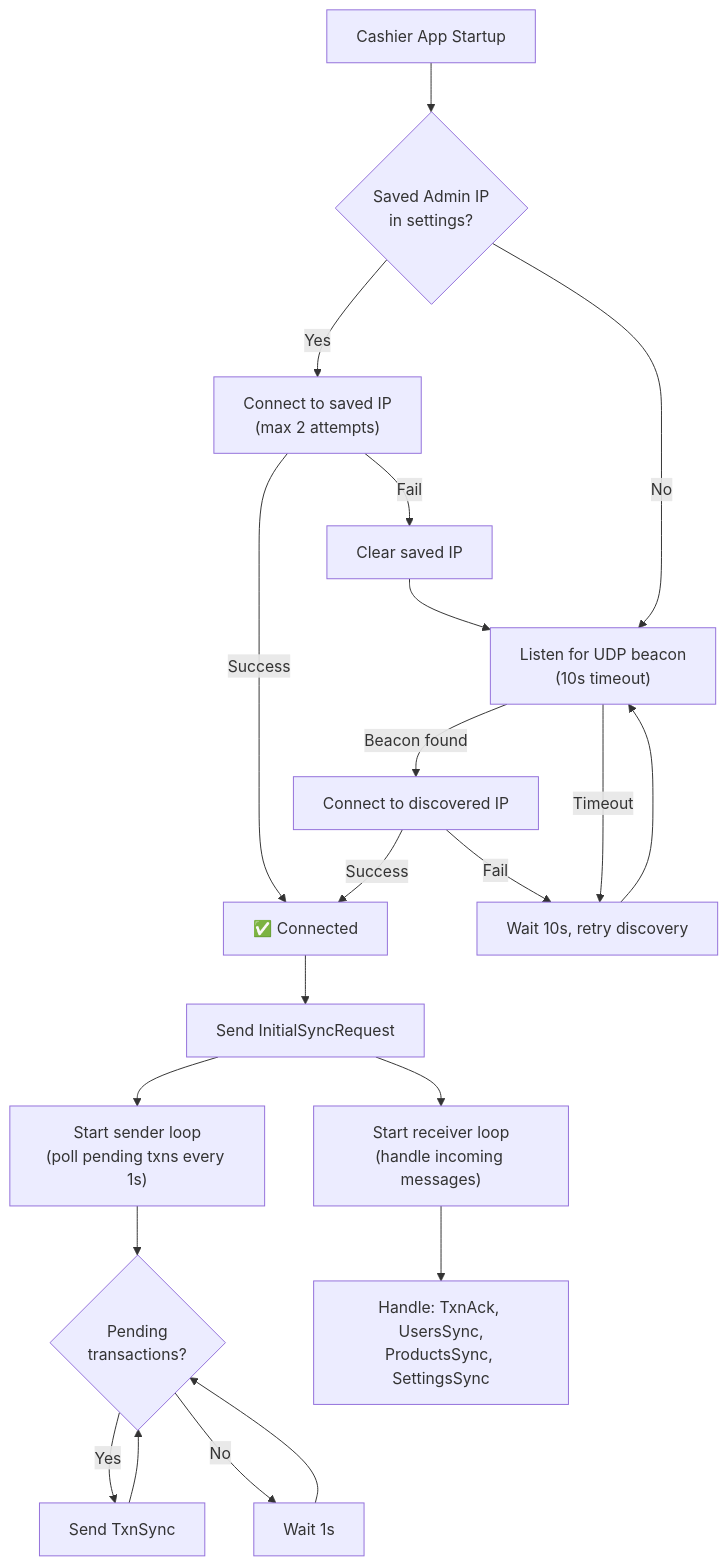
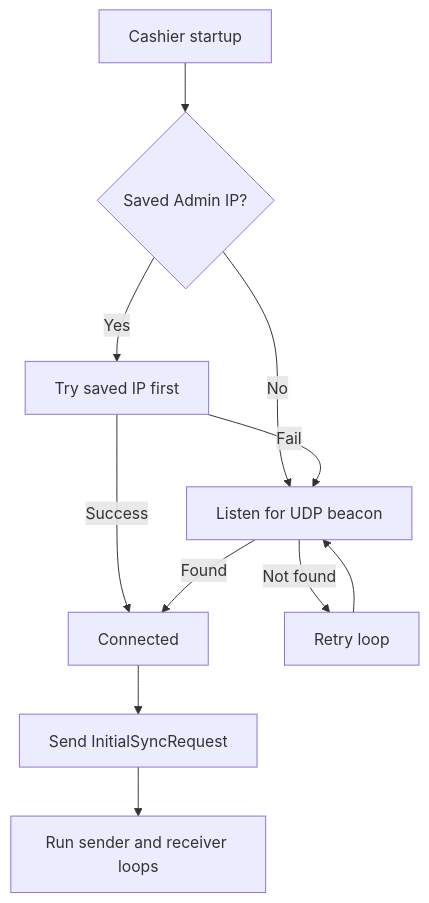
The fourth of 7 diagrams in docs/04-networking.md (BootlegYouki/at-iba-pa-pos), drawn with Mermaid before and after one commit. The commit also changed other lines of this file and 10 other files, not shown here.

First line of the commit message:
Refactor user guide and database schema documentation; enhance export reports feature

````diff
--- a/docs/04-networking.md
+++ b/docs/04-networking.md
@@ -152,32 +126,14 @@
 ```mermaid
 flowchart TD
-    Start["Cashier App Startup"]
-    
-    Start --> CheckSavedIP{"Saved Admin IP<br/>in settings?"}
-    
-    CheckSavedIP -->|Yes| TrySaved["Connect to saved IP<br/>(max 2 attempts)"]
-    TrySaved -->|Success| Connected["✅ Connected"]
-    TrySaved -->|Fail| ClearIP["Clear saved IP"]
-    ClearIP --> AutoDiscover
-    
-    CheckSavedIP -->|No| AutoDiscover["Listen for UDP beacon<br/>(10s timeout)"]
-    
-    AutoDiscover -->|Beacon found| ConnectDiscovered["Connect to discovered IP"]
-    ConnectDiscovered -->|Success| Connected
-    ConnectDiscovered -->|Fail| Retry["Wait 10s, retry discovery"]
-    
-    AutoDiscover -->|Timeout| Retry
-    Retry --> AutoDiscover
-    
-    Connected --> InitialSync["Send InitialSyncRequest"]
-    InitialSync --> SenderLoop["Start sender loop<br/>(poll pending txns every 1s)"]
-    InitialSync --> ReceiverLoop["Start receiver loop<br/>(handle incoming messages)"]
-    
-    SenderLoop --> CheckPending{"Pending<br/>transactions?"}
-    CheckPending -->|Yes| SendTxn["Send TxnSync"]
-    CheckPending -->|No| Wait["Wait 1s"]
-    Wait --> CheckPending
-    SendTxn --> CheckPending
-    
-    ReceiverLoop --> HandleMsg["Handle: TxnAck, UsersSync,<br/>ProductsSync, SettingsSync"]
+    Start["Cashier startup"]
+    Start --> Saved{"Saved Admin IP?"}
+    Saved -->|Yes| TrySaved["Try saved IP first"]
+    Saved -->|No| Discover["Listen for UDP beacon"]
+    TrySaved -->|Fail| Discover
+    TrySaved -->|Success| Connected["Connected"]
+    Discover -->|Found| Connected
+    Discover -->|Not found| Retry["Retry loop"]
+    Retry --> Discover
+    Connected --> Init["Send InitialSyncRequest"]
+    Init --> Run["Run sender and receiver loops"]
 ```
````
